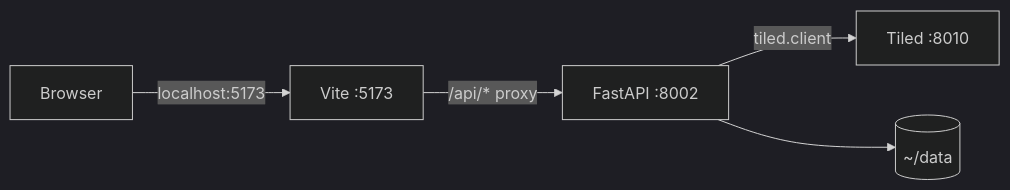
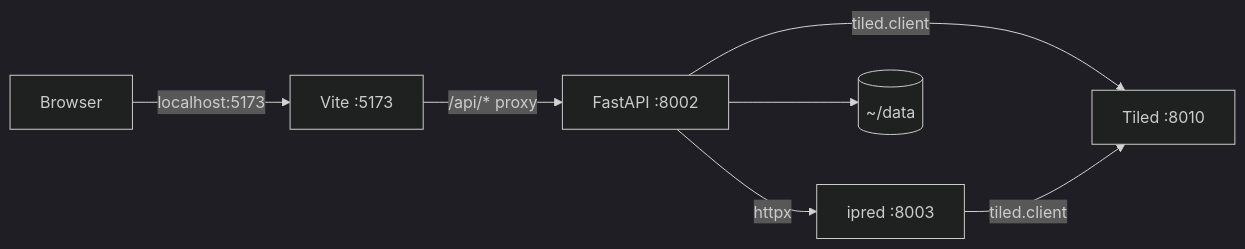
The second of 13 diagrams in docs/reference/architecture.md (mlexchange/Segmentation_Annotation_Studio), drawn with Mermaid (dark theme) before and after one commit. The commit also changed other lines of this file and 7 other files, not shown here.

````diff
--- a/docs/reference/architecture.md
+++ b/docs/reference/architecture.md
@@ -84,13 +116,16 @@
     ```mermaid
     flowchart LR
       Browser["Browser"]
       Vite["Vite :5173"]
       Backend["FastAPI :8002"]
+      Ipred["ipred :8003"]
       Tiled["Tiled :8010"]
       Disk[("~/data")]
 
       Browser -->|localhost:5173| Vite
       Vite -->|"/api/* proxy"| Backend
       Backend -->|tiled.client| Tiled
+      Backend -->|httpx| Ipred
+      Ipred -->|tiled.client| Tiled
       Backend --> Disk
     ```
````
